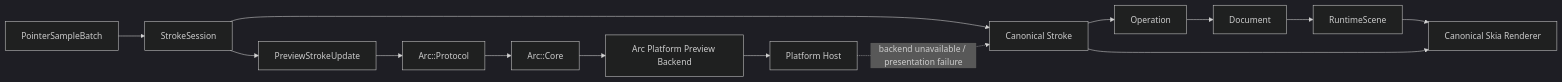
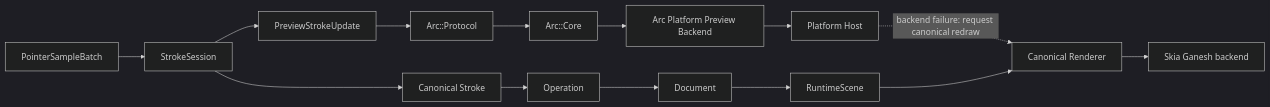
One commit to Mostorm-Labs/axiom changed the second of 3 diagrams in docs/architecture/SYSTEM_ARCHITECTURE.md. Above: the diagram before and after it, drawn with Mermaid (dark theme). The commit also changed other lines of this file and 23 other files, not shown here.

````diff
--- a/docs/architecture/SYSTEM_ARCHITECTURE.md
+++ b/docs/architecture/SYSTEM_ARCHITECTURE.md
@@ -519,16 +527,16 @@
 ```mermaid
 flowchart LR
   Samples["PointerSampleBatch"] --> Session["StrokeSession"]
   Session --> Preview["PreviewStrokeUpdate"]
   Session --> Canonical["Canonical Stroke"]
   Preview --> Protocol["Arc::Protocol"]
   Protocol --> Bridge["Arc::Core"]
   Bridge --> Platform["Arc Platform Preview Backend"]
   Platform --> Host["Platform Host"]
-  Host -.->|backend unavailable / presentation failure| Canonical
+  Host -.->|backend failure: request canonical redraw| Renderer
   Canonical --> Ops["Operation"]
   Ops --> Doc["Document"]
   Doc --> Scene["RuntimeScene"]
-  Scene --> Skia["Canonical Skia Renderer"]
-  Canonical --> Skia
+  Scene --> Renderer["Canonical Renderer"]
+  Renderer --> Skia["Skia Ganesh backend"]
 ```
````
